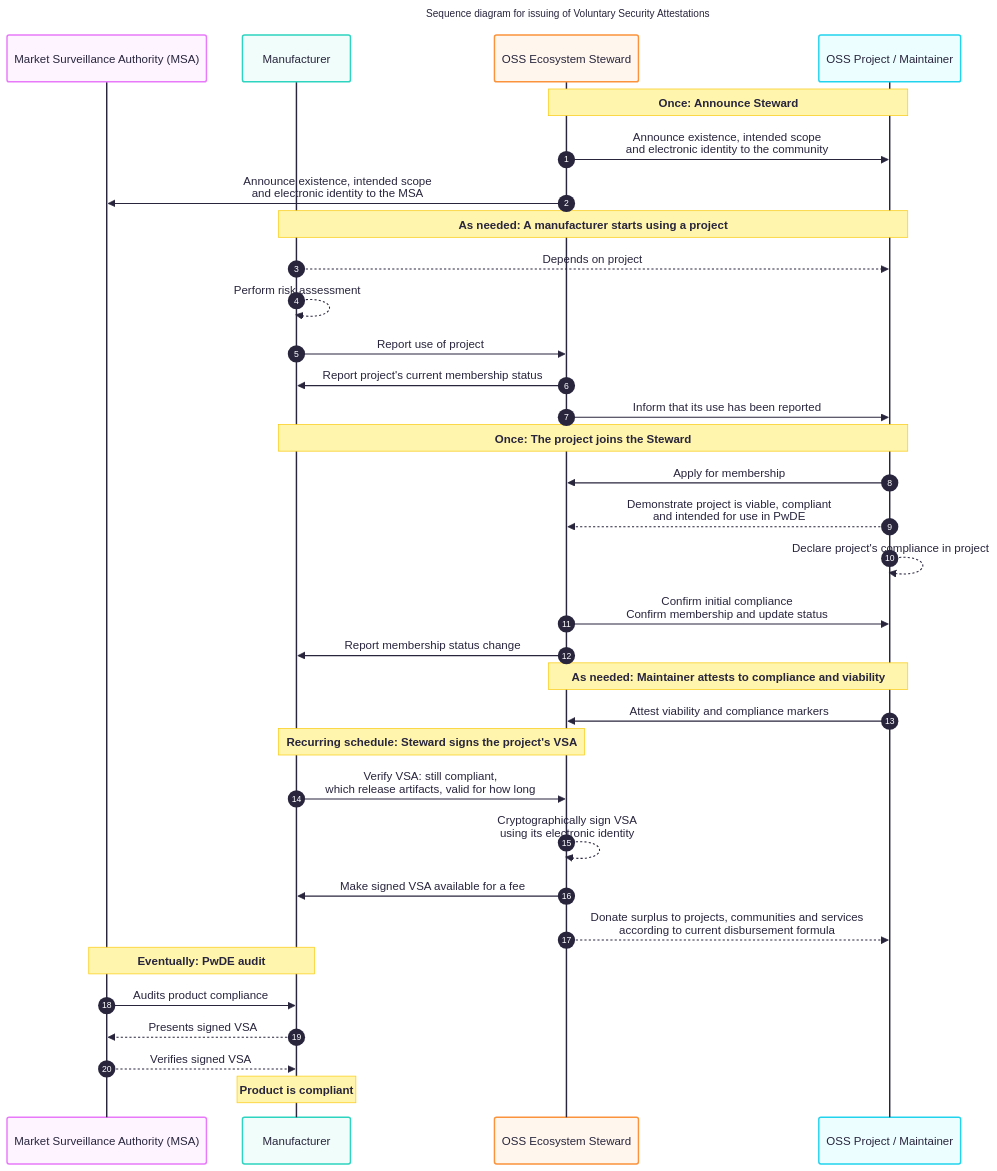
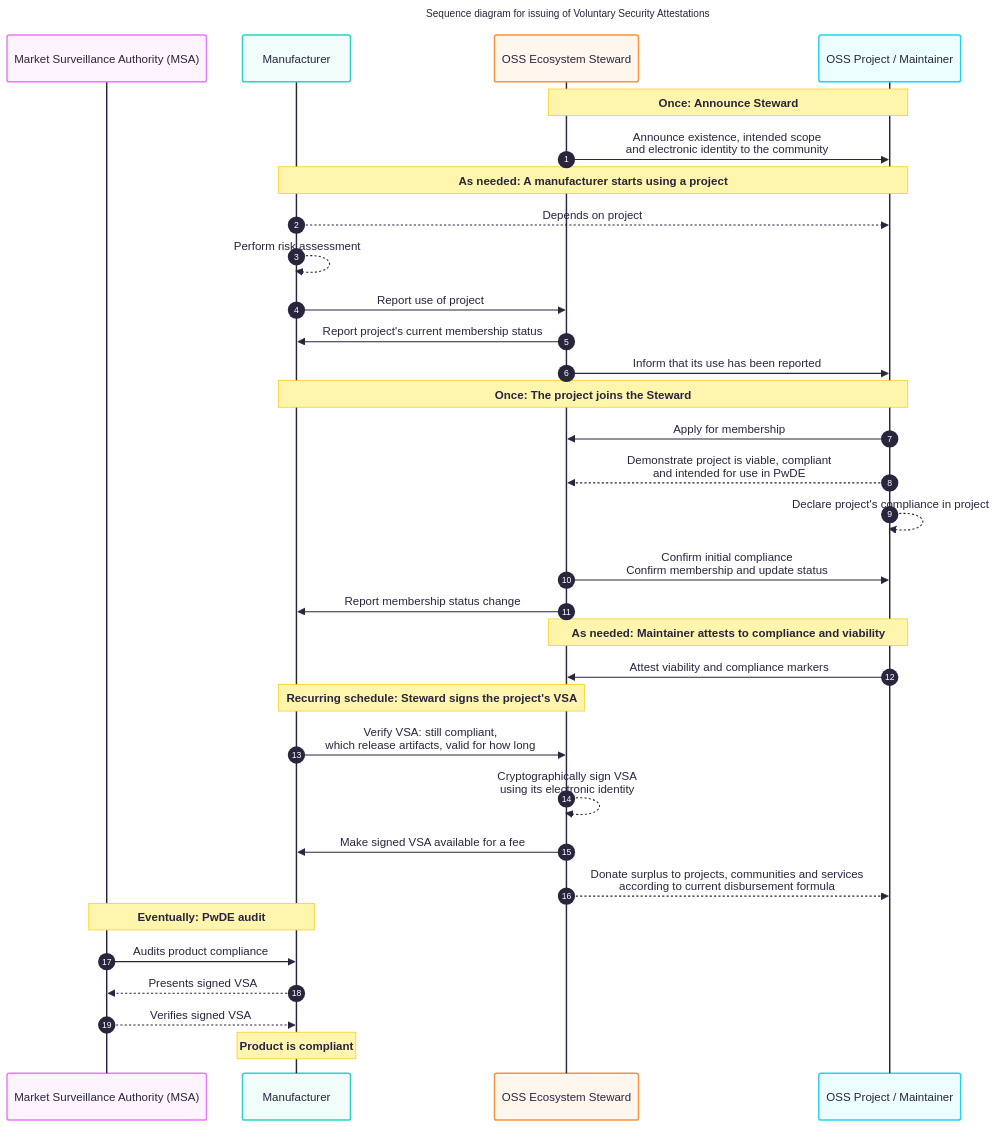
The diagram in docs/ecosystem-steward.md (CPAN-Security/security.metacpan.org), drawn with Mermaid before and after one commit. The commit also changed other lines of this file, not shown here.

Commit message:
More fixes from claude; Move hidden swimlane diagram to another document;

````diff
--- a/docs/ecosystem-steward.md
+++ b/docs/ecosystem-steward.md
@@ -264,42 +262,41 @@
 ```mermaid
 ---
 title: Sequence diagram for issuing of Voluntary Security Attestations
 config:
     theme: redux-color
     layout: elk
     look: classic
 ---
 sequenceDiagram
     autonumber
     participant MSA as Market Surveillance Authority (MSA)
     participant MFG as Manufacturer
     participant ES as OSS Ecosystem Steward
     participant OSS as OSS Project / Maintainer
     note over ES,OSS: Once: Announce Steward
     ES->>OSS: Announce existence, intended scope<br>and electronic identity to the community
-    ES->>MSA: Announce existence, intended scope<br>and electronic identity to the MSA
     note over MFG,OSS: As needed: A manufacturer starts using a project
     MFG-->>OSS: Depends on project
     MFG-->>MFG: Perform risk assessment
     MFG->>ES: Report use of project
     ES->>MFG: Report project's current membership status
     ES->>OSS: Inform that its use has been reported
     note over MFG,OSS: Once: The project joins the Steward
     OSS->>ES: Apply for membership
     OSS-->>ES: Demonstrate project is viable, compliant<br>and intended for use in PwDE
     OSS-->>OSS: Declare project's compliance in project
     ES->>OSS: Confirm initial compliance<br>Confirm membership and update status
     ES->>MFG: Report membership status change
     note over ES,OSS: As needed: Maintainer attests to compliance and viability
     OSS->>ES: Attest viability and compliance markers
     note over MFG,ES: Recurring schedule: Steward signs the project's VSA
     MFG->>ES: Verify VSA: still compliant,<br>which release artifacts, valid for how long
     ES-->>ES: Cryptographically sign VSA<br>using its electronic identity
     ES->>MFG: Make signed VSA available for a fee
     ES-->>OSS: Donate surplus to projects, communities and services<br>according to current disbursement formula
     note over MSA,MFG: Eventually: PwDE audit
     MSA->>MFG: Audits product compliance
     MFG-->>MSA: Presents signed VSA
     MSA-->>MFG: Verifies signed VSA
     note over MFG: Product is compliant
 ```
````
